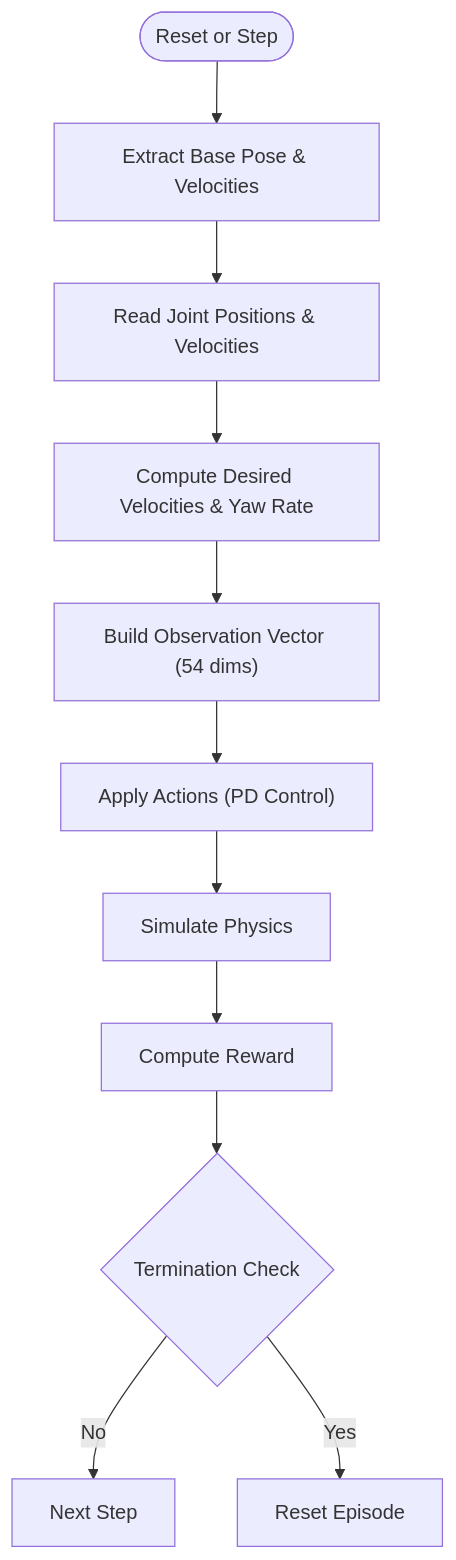
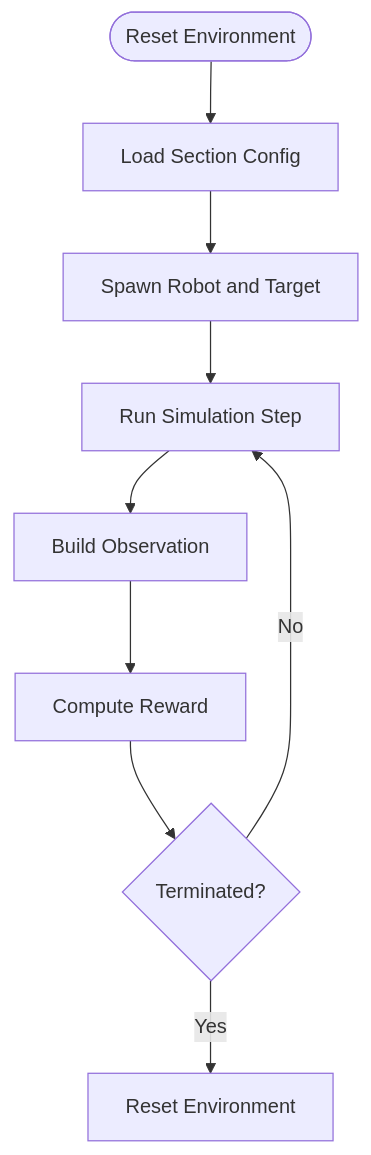
Before and after one commit to jayjayhust/MotrixLab: the fourth of 6 diagrams in .qoder/repowiki/en/content/Navigation Environments/VBot Navigation/VBot Navigation.md, drawn with Mermaid. The commit also changed other lines of this file and 15 other files, not shown here.

````diff
--- a/.qoder/repowiki/en/content/Navigation Environments/VBot Navigation/VBot Navigation.md
+++ b/.qoder/repowiki/en/content/Navigation Environments/VBot Navigation/VBot Navigation.md
@@ -221,13 +152,11 @@
 ```mermaid
 flowchart TD
-Start(["Reset or Step"]) --> Extract["Extract Base Pose & Velocities"]
-Extract --> Joints["Read Joint Positions & Velocities"]
-Joints --> Commands["Compute Desired Velocities & Yaw Rate"]
-Commands --> Observe["Build Observation Vector (54 dims)"]
-Observe --> Apply["Apply Actions (PD Control)"]
-Apply --> Sim["Simulate Physics"]
-Sim --> Reward["Compute Reward"]
-Reward --> Terminate{"Termination Check"}
-Terminate --> |No| NextStep["Next Step"]
-Terminate --> |Yes| Reset["Reset Episode"]
+Start(["Reset Environment"]) --> LoadCfg["Load Section Config"]
+LoadCfg --> Spawn["Spawn Robot and Target"]
+Spawn --> RunStep["Run Simulation Step"]
+RunStep --> Observe["Build Observation"]
+Observe --> ComputeReward["Compute Reward"]
+ComputeReward --> Terminate{"Terminated?"}
+Terminate --> |No| RunStep
+Terminate --> |Yes| Reset["Reset Environment"]
 ```
````
